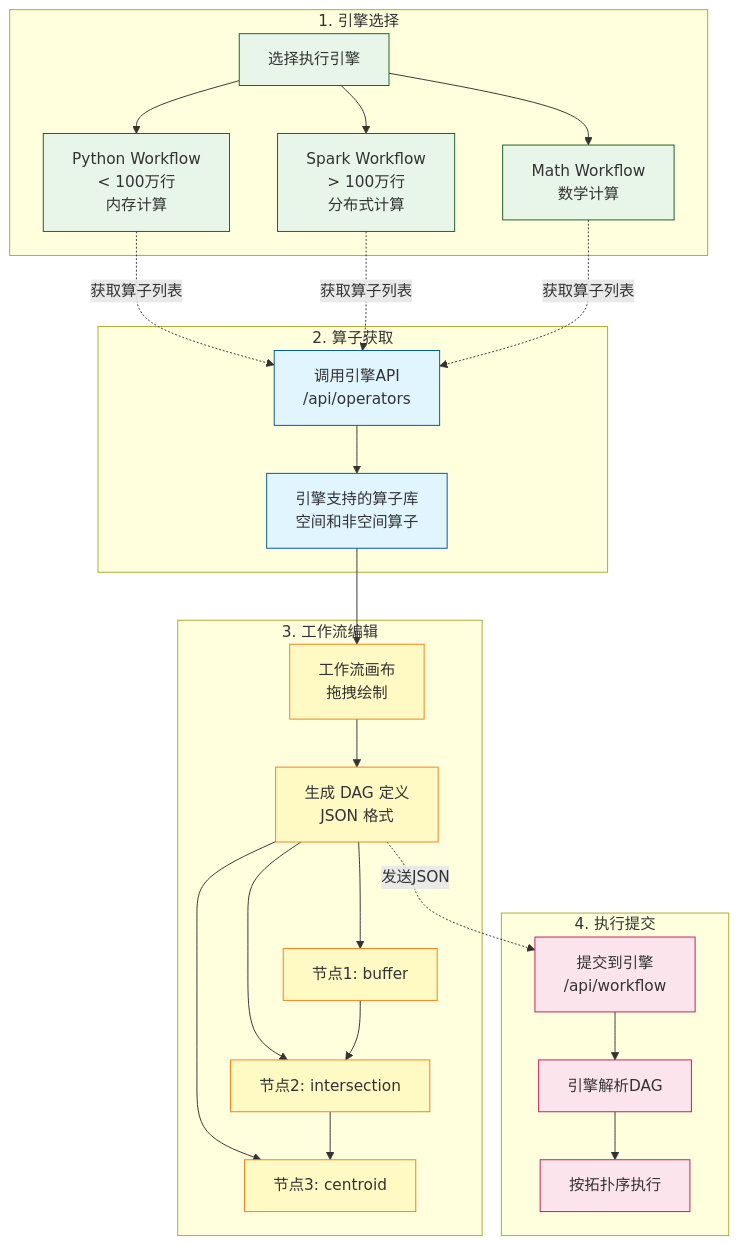
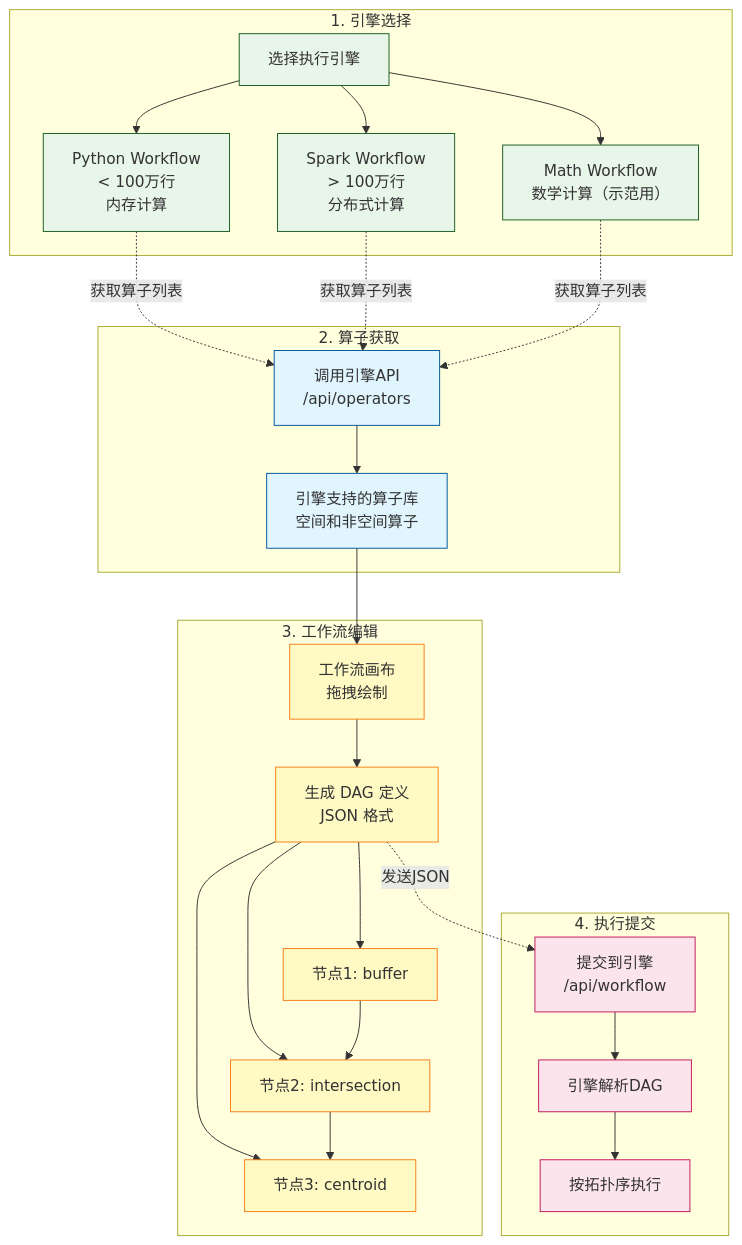
Before and after one commit to pampa0629/addp: the third of 5 diagrams in docs/concepts/addp数据开发体系图.md, drawn with Mermaid. The commit also changed 54 other files, not shown here.

````diff
--- a/docs/concepts/addp数据开发体系图.md
+++ b/docs/concepts/addp数据开发体系图.md
@@ -116,52 +116,52 @@
 ```mermaid
 graph TB
     subgraph "1. 引擎选择"
         EngineSelect[选择执行引擎]
 
         EngineSelect --> PyWF[Python Workflow<br/>< 100万行<br/>内存计算]
         EngineSelect --> SparkWF[Spark Workflow<br/>> 100万行<br/>分布式计算]
-        EngineSelect --> MathWF[Math Workflow<br/>数学计算]
+        EngineSelect --> MathWF[Math Workflow<br/>数学计算（示范用）]
     end
 
     subgraph "2. 算子获取"
         GetOps[调用引擎API<br/>/api/operators]
 
         PyWF -.获取算子列表.-> GetOps
         SparkWF -.获取算子列表.-> GetOps
         MathWF -.获取算子列表.-> GetOps
 
         GetOps --> OpList[引擎支持的算子库<br/>空间和非空间算子]
     end
 
     subgraph "3. 工作流编辑"
         UI[工作流画布<br/>拖拽绘制]
         OpList --> UI
 
         UI --> DAG[生成 DAG 定义<br/>JSON 格式]
 
         DAG --> Task1[节点1: buffer]
         DAG --> Task2[节点2: intersection]
         DAG --> Task3[节点3: centroid]
 
         Task1 --> Task2
         Task2 --> Task3
     end
 
     subgraph "4. 执行提交"
         Submit[提交到引擎<br/>/api/workflow]
         DAG -.发送JSON.-> Submit
 
         Submit --> Parse[引擎解析DAG]
         Parse --> Execute[按拓扑序执行]
     end
 
     classDef engine fill:#e8f5e9,stroke:#1b5e20
     classDef operator fill:#e1f5ff,stroke:#01579b
     classDef workflow fill:#fff9c4,stroke:#f57f17
     classDef execution fill:#fce4ec,stroke:#c2185b
 
     class EngineSelect,PyWF,SparkWF,MathWF engine
     class GetOps,OpList operator
     class UI,DAG,Task1,Task2,Task3 workflow
     class Submit,Parse,Execute execution
 ```
````
